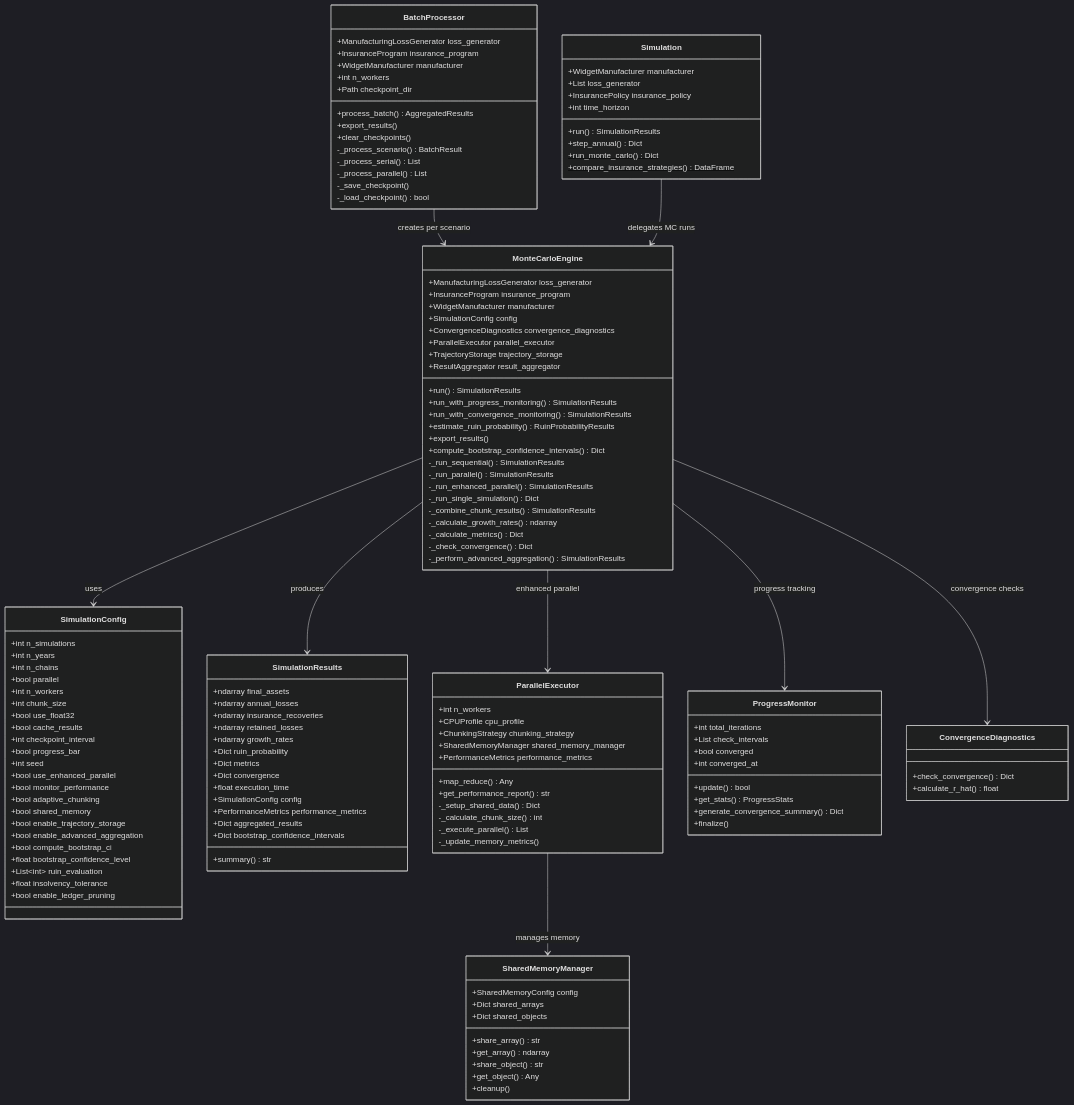
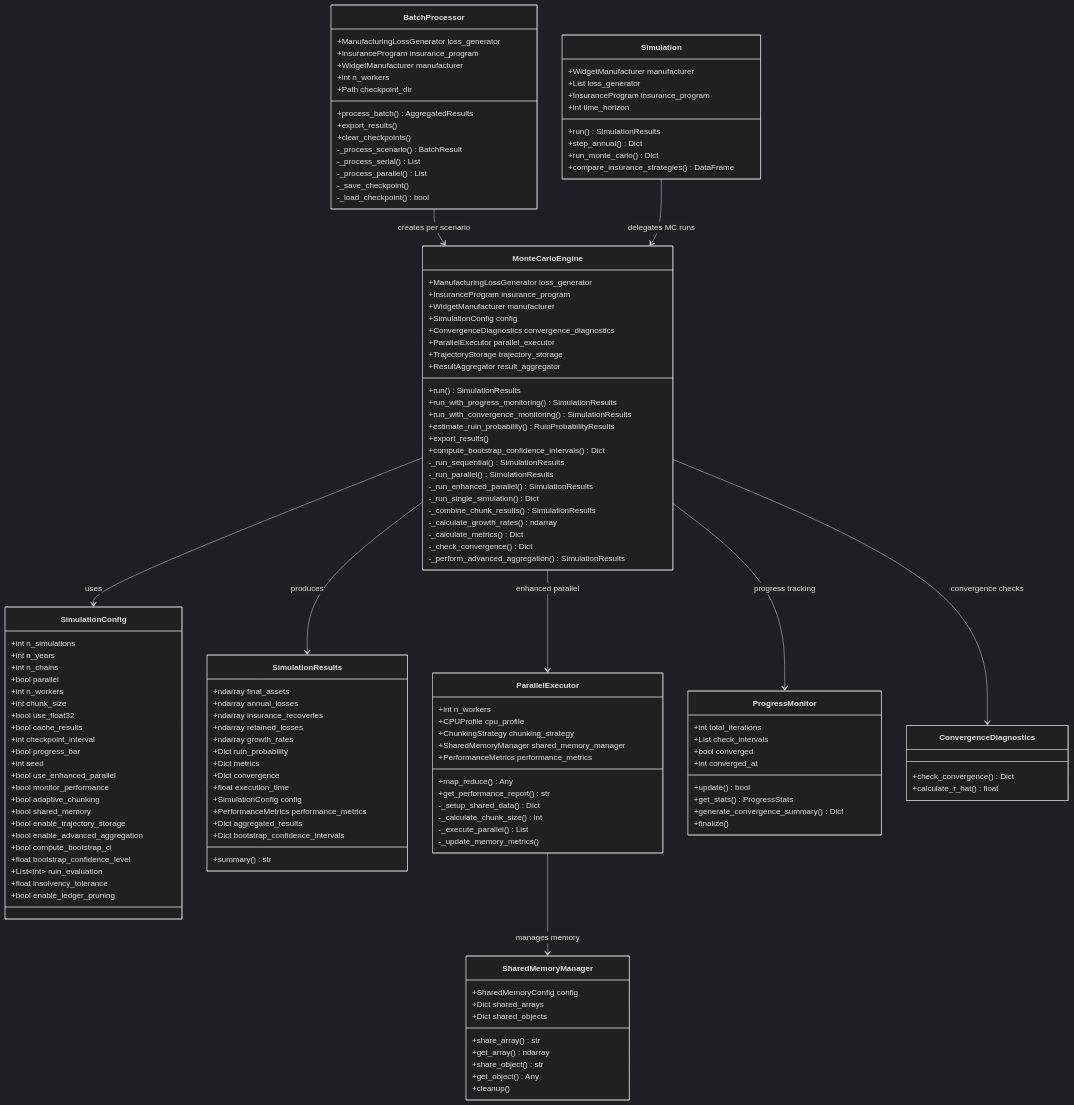
Before and after one commit to AlexFiliakov/Ergodic-Insurance-Limits: the third of 8 diagrams in ergodic_insurance/docs/architecture/monte_carlo_architecture.md, drawn with Mermaid (dark theme). The commit also changed 34 other files, not shown here.

First line of the commit message:
refactor: deprecate InsurancePolicy in favor of InsuranceProgram (#388)

```diff
--- a/ergodic_insurance/docs/architecture/monte_carlo_architecture.md
+++ b/ergodic_insurance/docs/architecture/monte_carlo_architecture.md
@@ -275,7 +275,7 @@
     class Simulation {
         +WidgetManufacturer manufacturer
         +List loss_generator
-        +InsurancePolicy insurance_policy
+        +InsuranceProgram insurance_program
         +int time_horizon
         +run() SimulationResults
         +step_annual() Dict
```
